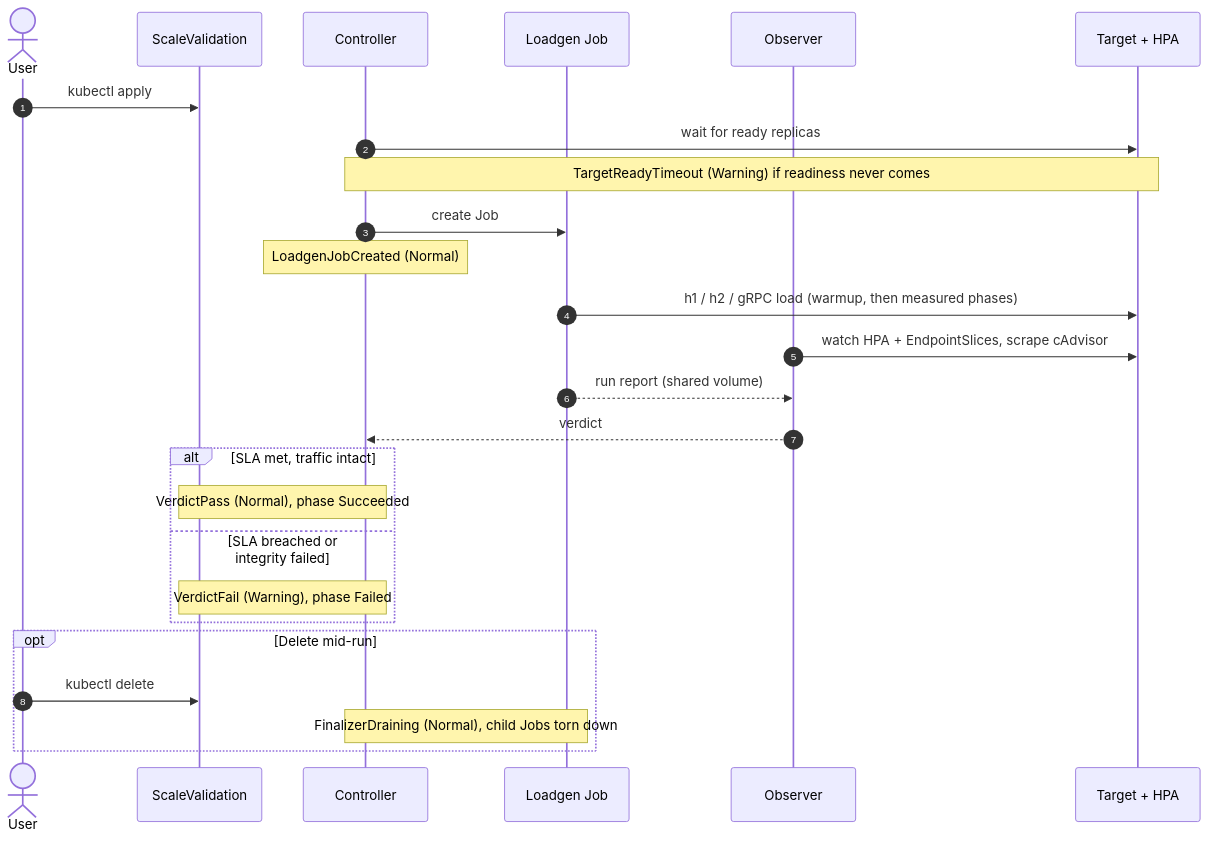
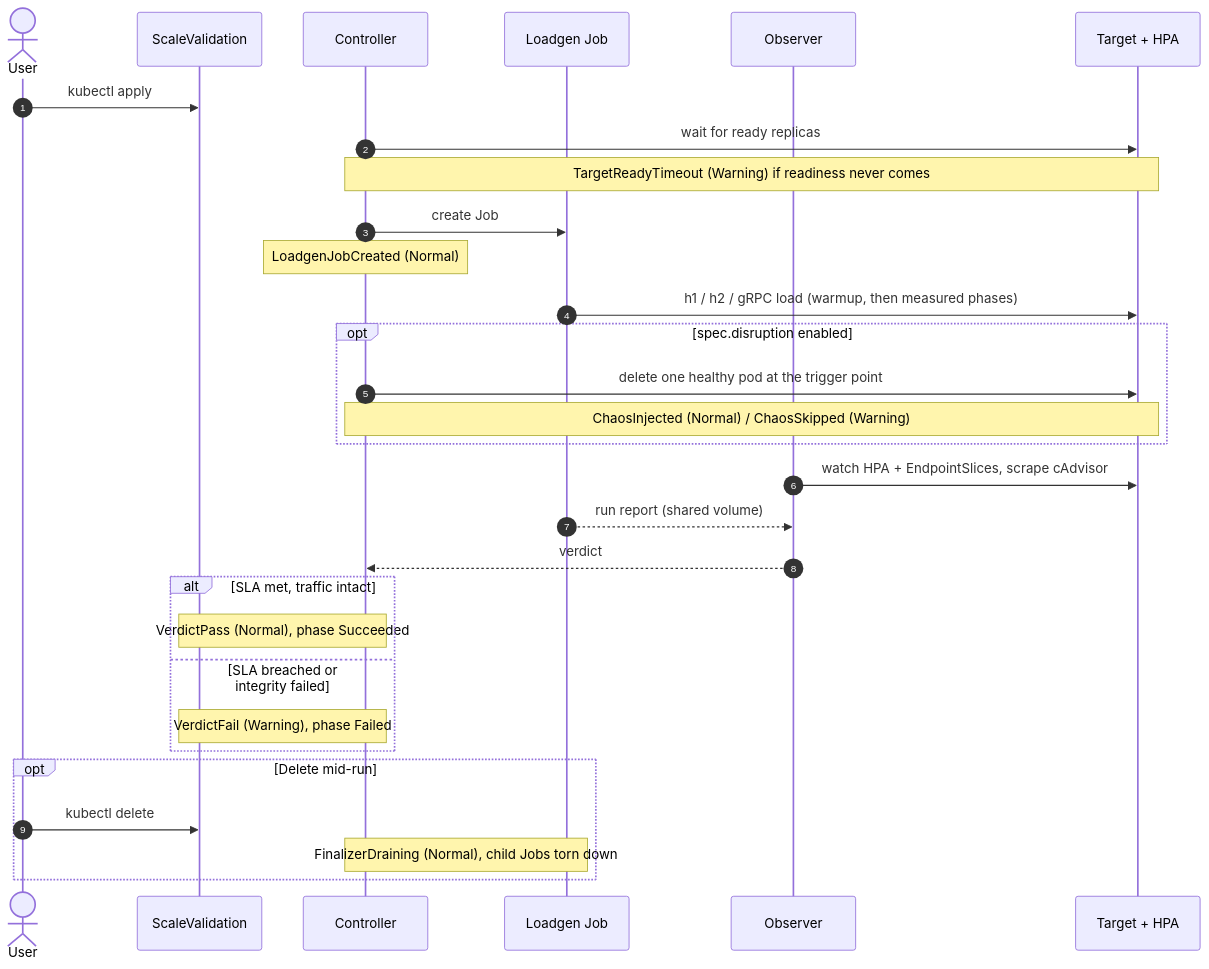
The diagram in docs/events.md (ethan-kane-ops/scale-sentry), drawn with Mermaid before and after one commit. The commit also changed other lines of this file and 6 other files, not shown here.

First line of the commit message:
feat(controller): wire spec.disruption chaos injection

````diff
--- a/docs/events.md
+++ b/docs/events.md
@@ -13,29 +13,33 @@
 ```mermaid
 sequenceDiagram
     autonumber
     actor User
     participant CR as ScaleValidation
     participant C as Controller
     participant L as Loadgen Job
     participant O as Observer
     participant T as Target + HPA
 
     User->>CR: kubectl apply
     C->>T: wait for ready replicas
     Note over C,T: TargetReadyTimeout (Warning) if readiness never comes
     C->>L: create Job
     Note over C: LoadgenJobCreated (Normal)
     L->>T: h1 / h2 / gRPC load (warmup, then measured phases)
+    opt spec.disruption enabled
+        C->>T: delete one healthy pod at the trigger point
+        Note over C,T: ChaosInjected (Normal) / ChaosSkipped (Warning)
+    end
     O->>T: watch HPA + EndpointSlices, scrape cAdvisor
     L-->>O: run report (shared volume)
     O-->>C: verdict
     alt SLA met, traffic intact
         Note over C,CR: VerdictPass (Normal), phase Succeeded
     else SLA breached or integrity failed
         Note over C,CR: VerdictFail (Warning), phase Failed
     end
     opt Delete mid-run
         User->>CR: kubectl delete
         Note over C,L: FinalizerDraining (Normal), child Jobs torn down
     end
 ```
````
